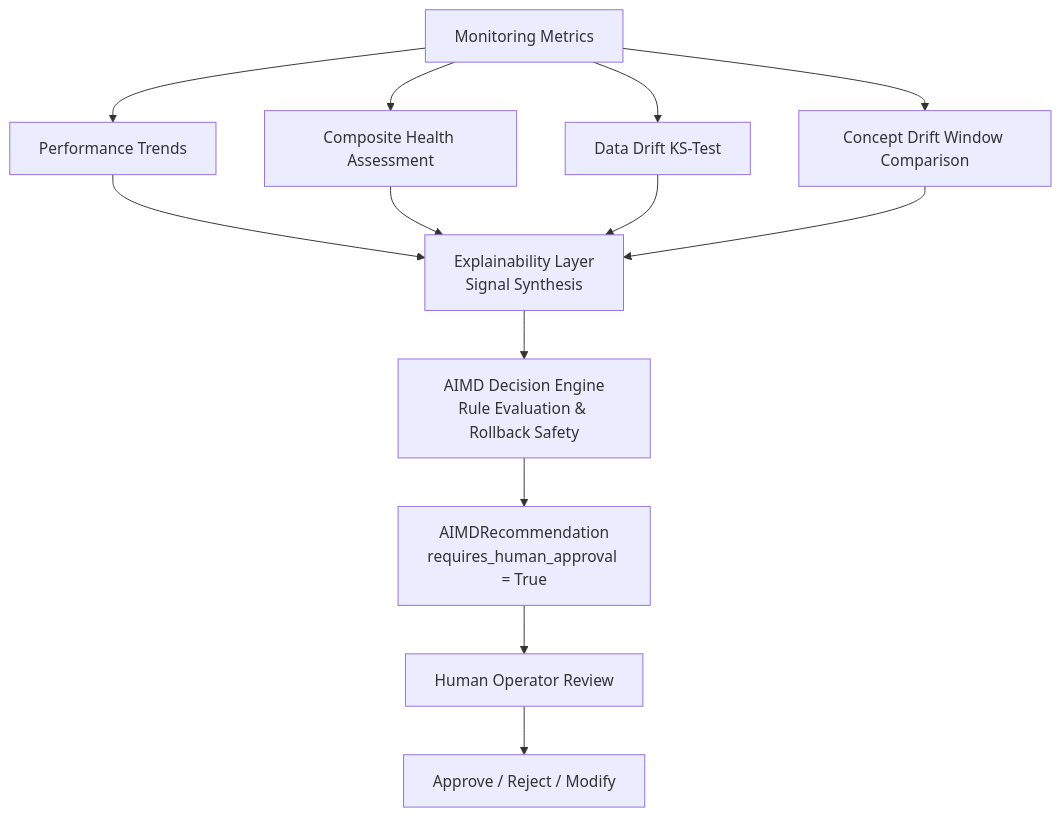
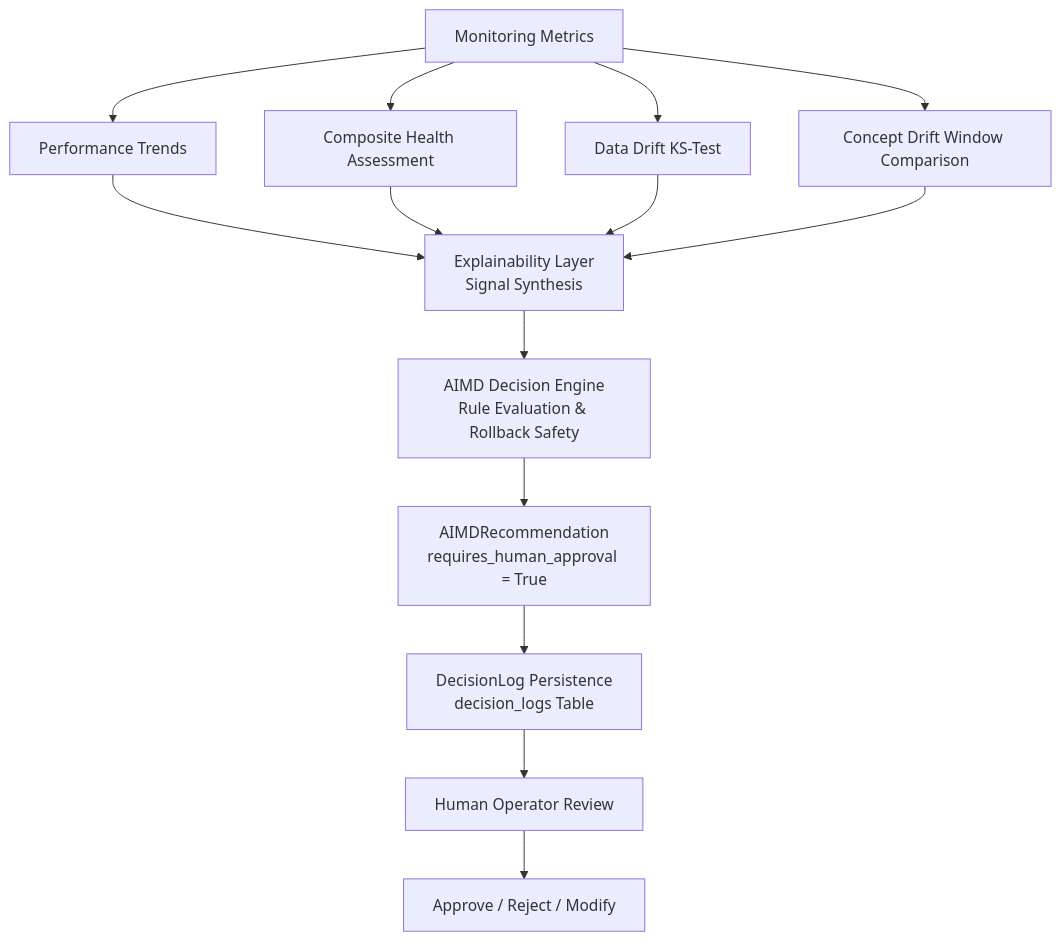
One commit to shailendrasinghrathore369/PhoenixML changed the sixth of 9 diagrams in docs/05-sdd.md. Above: the diagram before and after it, drawn with Mermaid. The commit also changed other lines of this file and 11 other files, not shown here.

Commit message:
feat(decisions): add decision log persistence

````diff
--- a/docs/05-sdd.md
+++ b/docs/05-sdd.md
@@ -706,18 +706,19 @@
 ```mermaid
 flowchart TD
 
 A[Monitoring Metrics] --> B[Performance Trends]
 A --> C[Composite Health Assessment]
 A --> D[Data Drift KS-Test]
 A --> E[Concept Drift Window Comparison]
 
 B --> F[Explainability Layer<br/>Signal Synthesis]
 C --> F
 D --> F
 E --> F
 
 F --> G[AIMD Decision Engine<br/>Rule Evaluation & Rollback Safety]
 G --> H[AIMDRecommendation<br/>requires_human_approval = True]
-H --> I[Human Operator Review]
-I --> J[Approve / Reject / Modify]
+H --> I[DecisionLog Persistence<br/>decision_logs Table]
+I --> J[Human Operator Review]
+J --> K[Approve / Reject / Modify]
 ```
````
